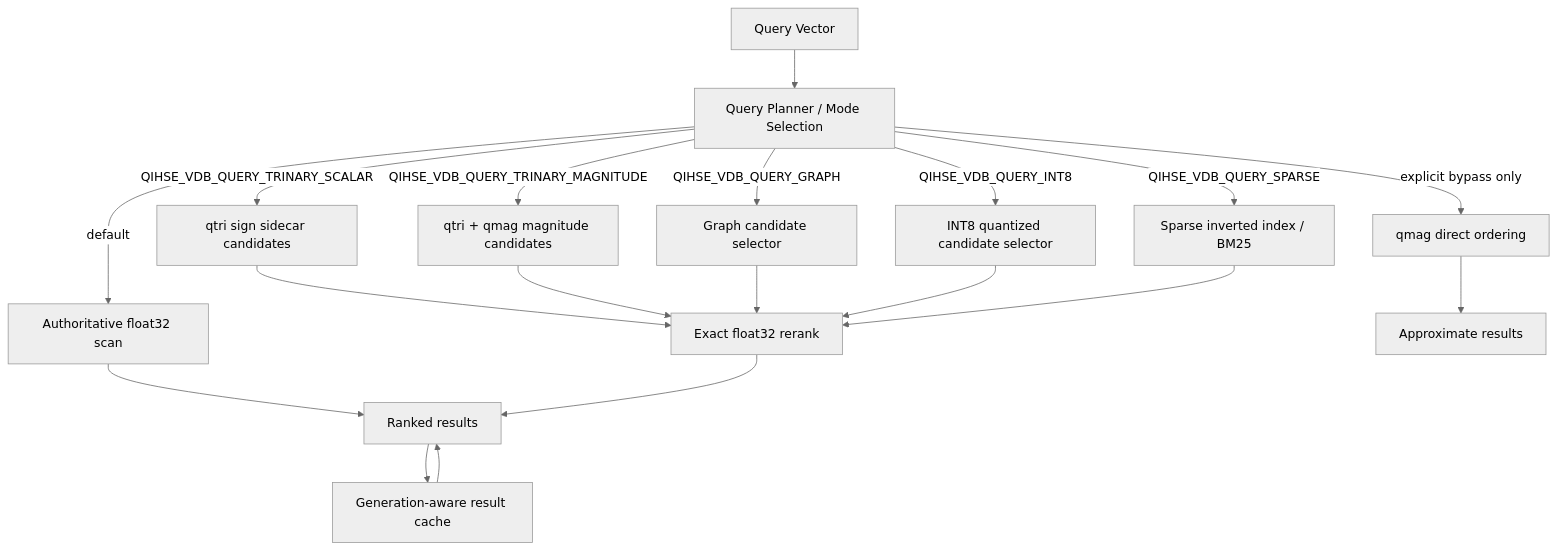
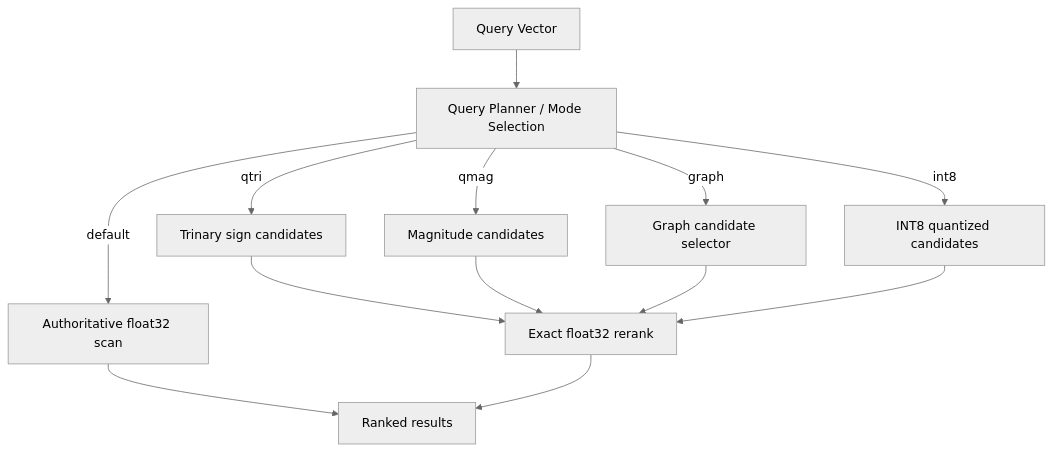
The diagram in README.md (SWORDIntel/QIHSE), drawn with Mermaid (neutral theme) before and after one commit. The commit also changed other lines of this file and 1532 other files, not shown here.

````diff
--- a/README.md
+++ b/README.md
@@ -79,25 +70,17 @@
 ```mermaid
 flowchart TB
     Q[Query Vector] --> P[Query Planner / Mode Selection]
 
     P -->|default| F32[Authoritative float32 scan]
-    P -->|QIHSE_VDB_QUERY_TRINARY_SCALAR| QTRI[qtri sign sidecar candidates]
-    P -->|QIHSE_VDB_QUERY_TRINARY_MAGNITUDE| QMAG[qtri + qmag magnitude candidates]
-    P -->|QIHSE_VDB_QUERY_GRAPH| GRAPH[Graph candidate selector]
-    P -->|QIHSE_VDB_QUERY_INT8| INT8[INT8 quantized candidate selector]
-    P -->|QIHSE_VDB_QUERY_SPARSE| SPARSE[Sparse inverted index / BM25]
+    P -->|qtri| QTRI[Trinary sign candidates]
+    P -->|qmag| QMAG[Magnitude candidates]
+    P -->|graph| GRAPH[Graph candidate selector]
+    P -->|int8| INT8[INT8 quantized candidates]
 
     QTRI --> RERANK[Exact float32 rerank]
     QMAG --> RERANK
     GRAPH --> RERANK
     INT8 --> RERANK
-    SPARSE --> RERANK
     F32 --> RESULTS[Ranked results]
     RERANK --> RESULTS
-
-    P -->|explicit bypass only| BYPASS[qmag direct ordering]
-    BYPASS --> APPROX[Approximate results]
-
-    RESULTS --> CACHE[Generation-aware result cache]
-    CACHE --> RESULTS
 ```
````
